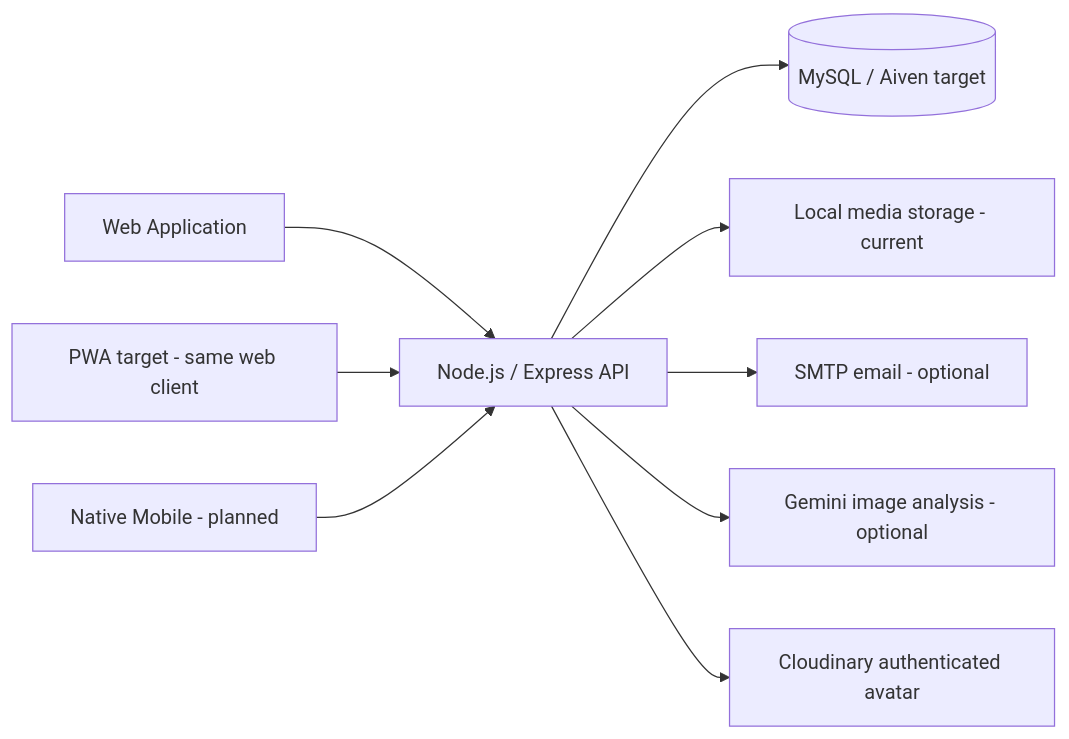
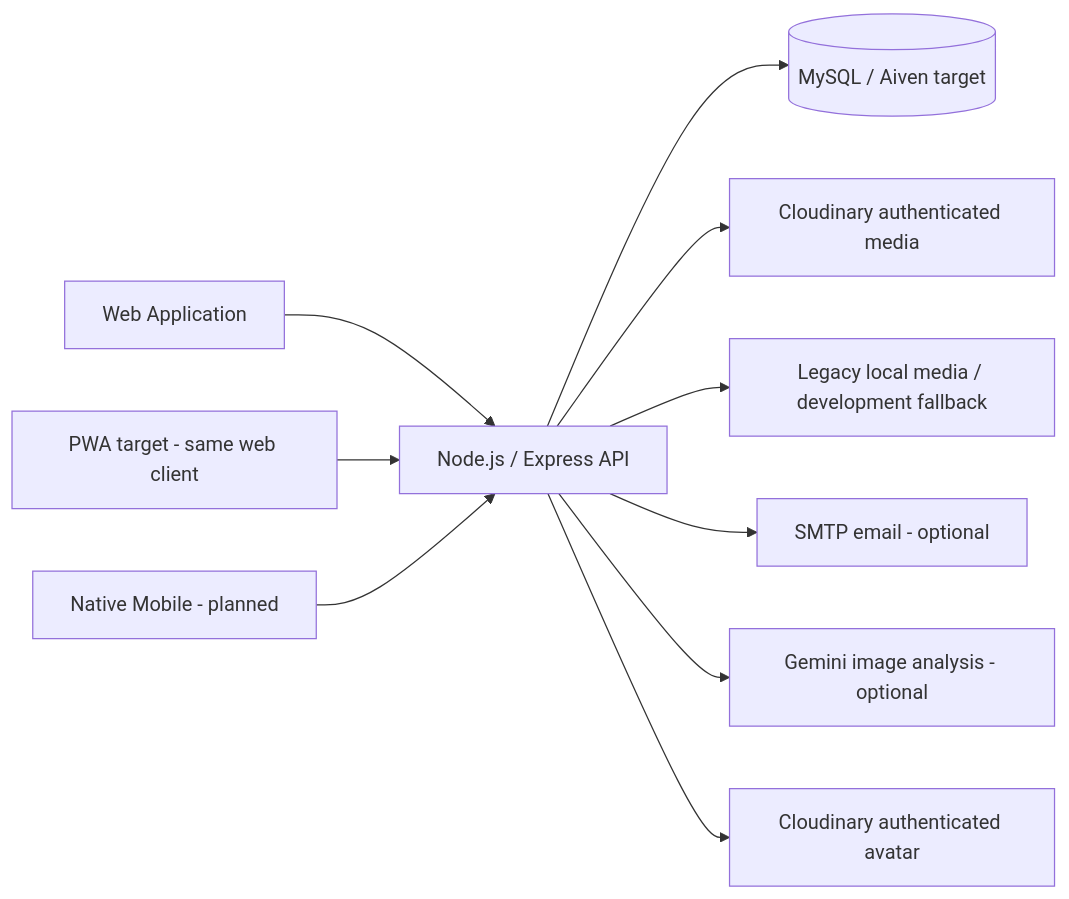
One commit to LNFSYS/lost-and-found-management-system-main changed the diagram in docs/project-overview.md. Above: the diagram before and after it, drawn with Mermaid. The commit also changed other lines of this file and 10 other files, not shown here.

```diff
--- a/docs/project-overview.md
+++ b/docs/project-overview.md
@@ -87,11 +92,12 @@
 ~~~mermaid
 flowchart LR
   Web[Web Application] --> API[Node.js / Express API]
   PWA[PWA target - same web client] --> API
   Mobile[Native Mobile - planned] --> API
   API --> DB[(MySQL / Aiven target)]
-  API --> Media[Local media storage - current]
+  API --> Media[Cloudinary authenticated media]
+  API --> Local[Legacy local media / development fallback]
   API --> SMTP[SMTP email - optional]
   API --> Gemini[Gemini image analysis - optional]
   API --> Avatar[Cloudinary authenticated avatar]
 ~~~
```
